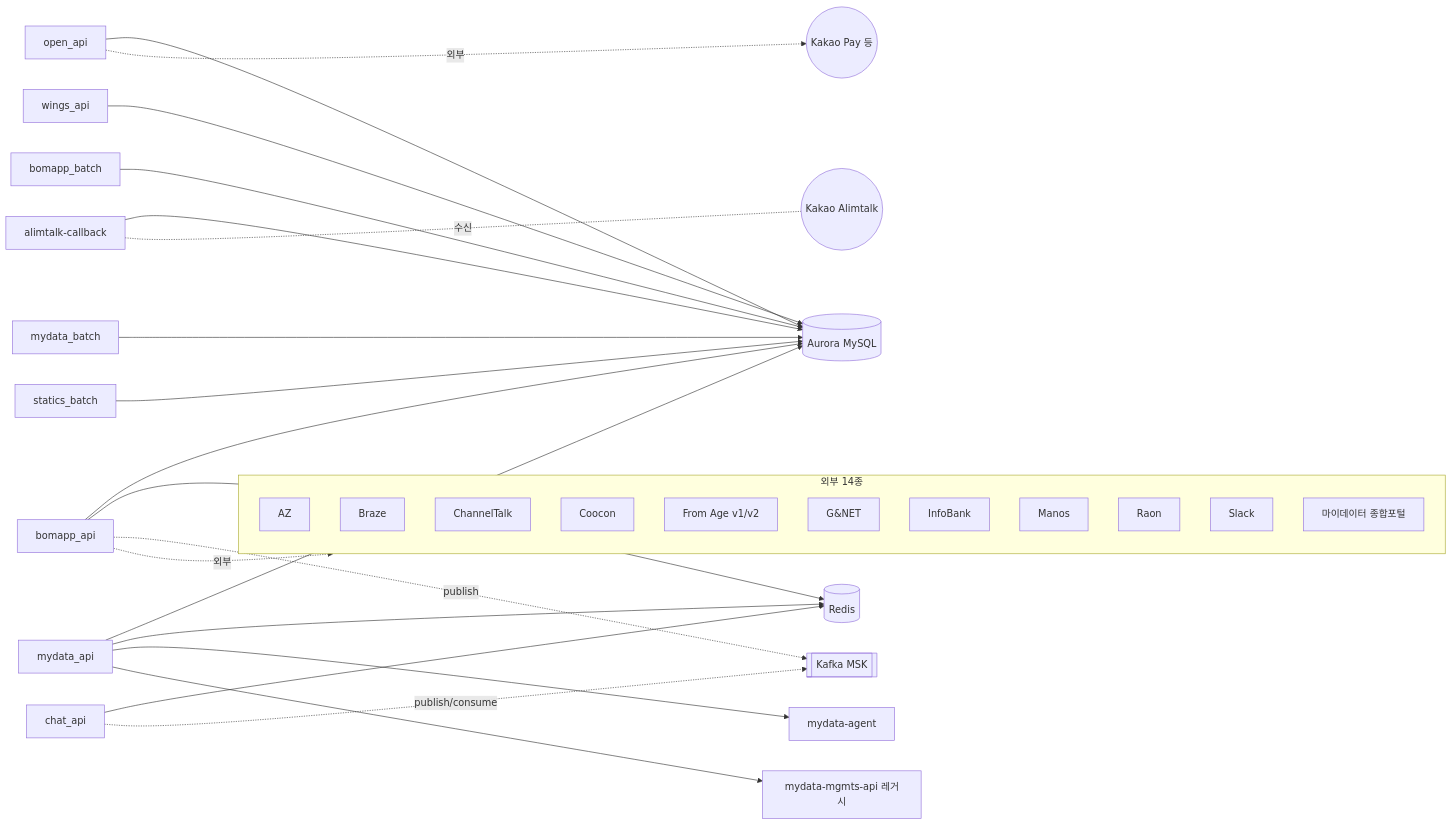
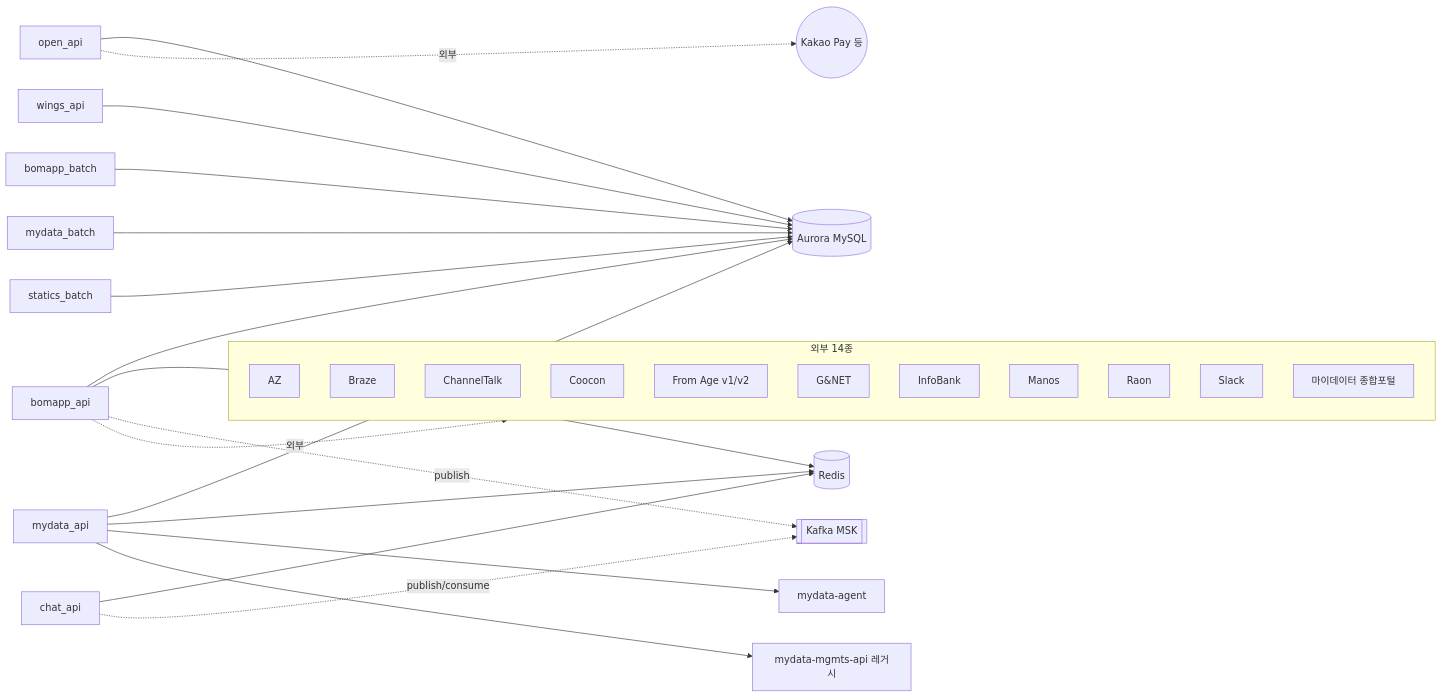
The diagram in docs/services/next-backend.md (justin-fnx/overmind), drawn with Mermaid before and after one commit. The commit also changed other lines of this file and 4 other files, not shown here.

First line of the commit message:
[AI] docs: next-backend 정본 GitLab 이전 반영 (+ alimtalk-callback 디커미션·vkey 환경격리 동반)

````diff
--- a/docs/services/next-backend.md
+++ b/docs/services/next-backend.md
@@ -253,36 +244,34 @@
 ```mermaid
 graph LR
   bomapp_api --> Aurora[(Aurora MySQL)]
   bomapp_api --> Redis[(Redis)]
   bomapp_api -.publish.-> MSK[[Kafka MSK]]
   chat_api --> Redis
   chat_api -.publish/consume.-> MSK
   mydata_api --> Aurora
   mydata_api --> Redis
   mydata_api --> mydata_agent[mydata-agent]
   mydata_api --> mydata-mgmts-api[mydata-mgmts-api 레거시]
   open_api --> Aurora
   wings_api --> Aurora
-  alimtalk_cb[alimtalk-callback] --> Aurora
-  alimtalk_cb -.수신.- KakaoOpen((Kakao Alimtalk))
   bomapp_batch --> Aurora
   mydata_batch --> Aurora
   statics_batch --> Aurora
 
   bomapp_api -.외부.-> Externals
   open_api -.외부.-> KakaoPay((Kakao Pay 등))
 
   subgraph Externals[외부 14종]
     AZ
     Braze
     ChannelTalk
     Coocon
     FromAge[From Age v1/v2]
     GNNet[G&NET]
     InfoBank
     Manos
     Raon
     Slack
     MyDataPortal[마이데이터 종합포털]
   end
 ```
````
